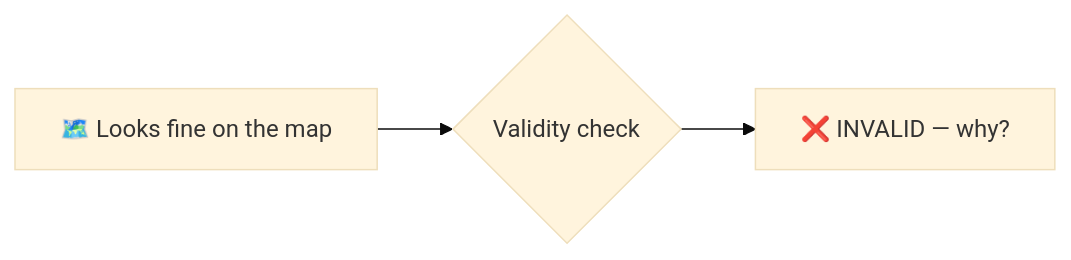
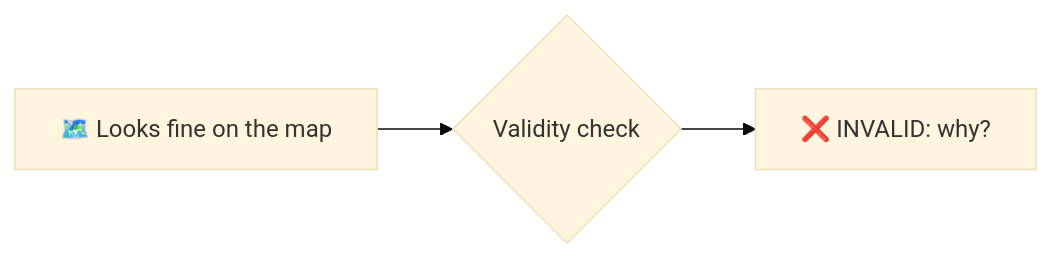
Before and after one commit to webGeoDS/webgeods: the diagram in blog/posts/geometry-validity.qmd, drawn with Mermaid (base theme). The commit also changed other lines of this file and 11 other files, not shown here.

````diff
--- a/blog/posts/geometry-validity.qmd
+++ b/blog/posts/geometry-validity.qmd
@@ -60,5 +60,5 @@
 ```{mermaid}
 flowchart LR
     A["🗺️ Looks fine on the map"] --> B{"Validity check"}
-    B --> C["❌ INVALID — why?"]
+    B --> C["❌ INVALID: why?"]
 ```
````
